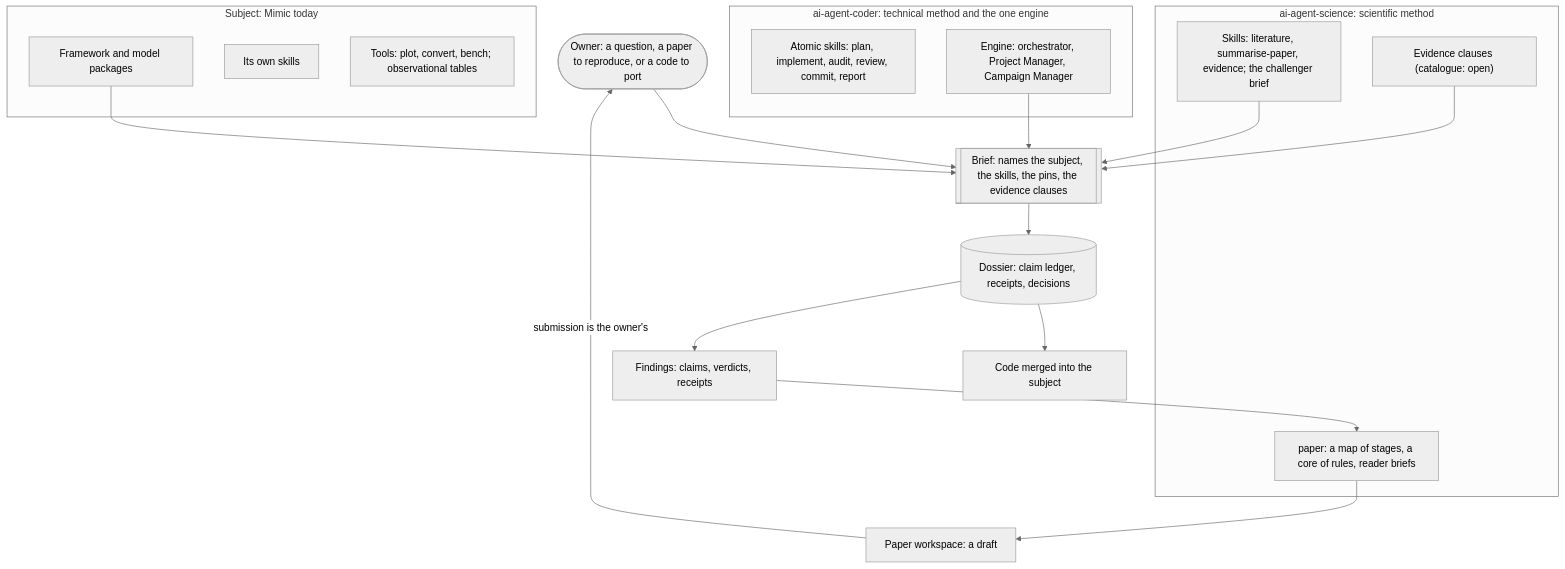
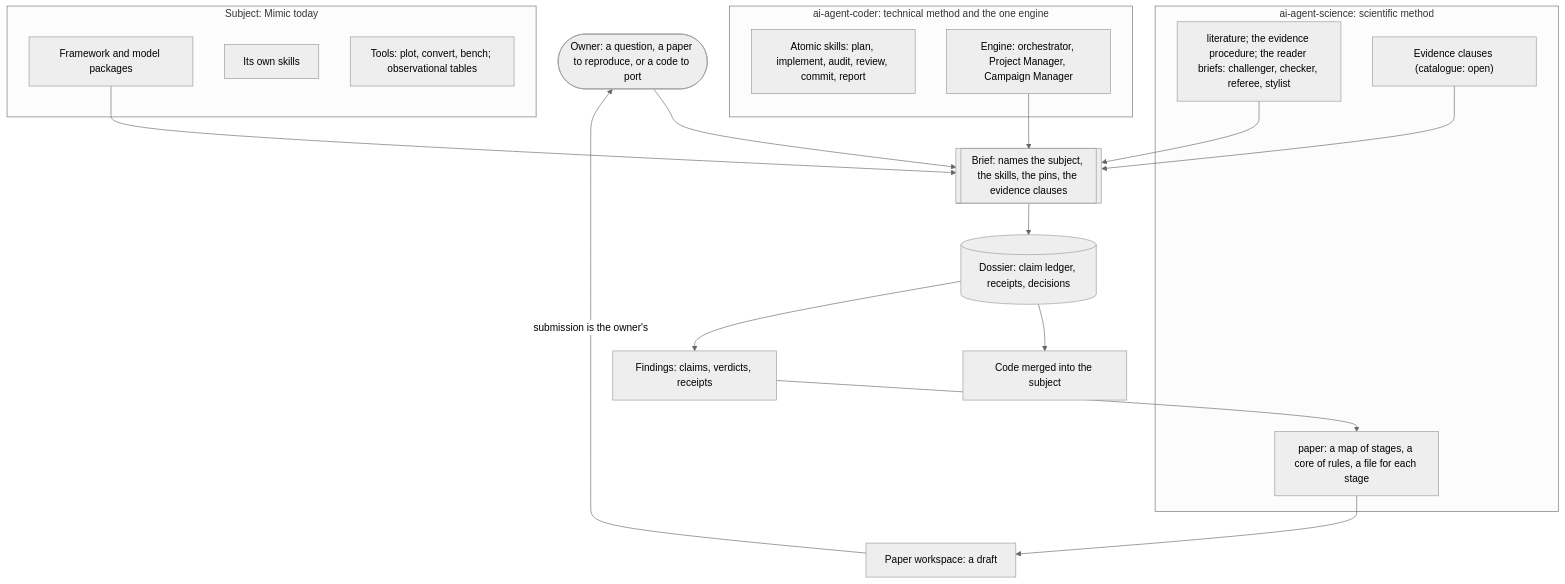
One commit to darrencroton/mimic changed the first of 2 diagrams in docs/dev/AGENTIC-SCIENCE-ARCHITECTURE.md. Above: the diagram before and after it, drawn with Mermaid (neutral theme). The commit also changed other lines of this file and 4 other files, not shown here.

````diff
--- a/docs/dev/AGENTIC-SCIENCE-ARCHITECTURE.md
+++ b/docs/dev/AGENTIC-SCIENCE-ARCHITECTURE.md
@@ -73,39 +73,39 @@
 ```mermaid
 flowchart TB
     owner(["Owner: a question, a paper to reproduce, or a code to port"])
 
     subgraph coder["ai-agent-coder: technical method and the one engine"]
         c1["Atomic skills: plan, implement, audit, review, commit, report"]
         c2["Engine: orchestrator, Project Manager, Campaign Manager"]
     end
 
     subgraph science["ai-agent-science: scientific method"]
-        s1["Skills: literature, summarise-paper, evidence; the challenger brief"]
-        s2["paper: a map of stages, a core of rules, reader briefs"]
+        s1["literature; the evidence procedure; the reader briefs: challenger, checker, referee, stylist"]
+        s2["paper: a map of stages, a core of rules, a file for each stage"]
         s3["Evidence clauses (catalogue: open)"]
     end
 
     subgraph subject["Subject: Mimic today"]
         m1["Framework and model packages"]
         m2["Its own skills"]
         m3["Tools: plot, convert, bench; observational tables"]
     end
 
     brief[["Brief: names the subject, the skills, the pins, the evidence clauses"]]
     dossier[("Dossier: claim ledger, receipts, decisions")]
     code["Code merged into the subject"]
     findings["Findings: claims, verdicts, receipts"]
     paper["Paper workspace: a draft"]
 
     owner --> brief
     c2 --> brief
     s1 --> brief
     s3 --> brief
     m1 --> brief
     brief --> dossier
     dossier --> code
     dossier --> findings
     findings --> s2
     s2 --> paper
     paper -->|"submission is the owner's"| owner
 ```
````
